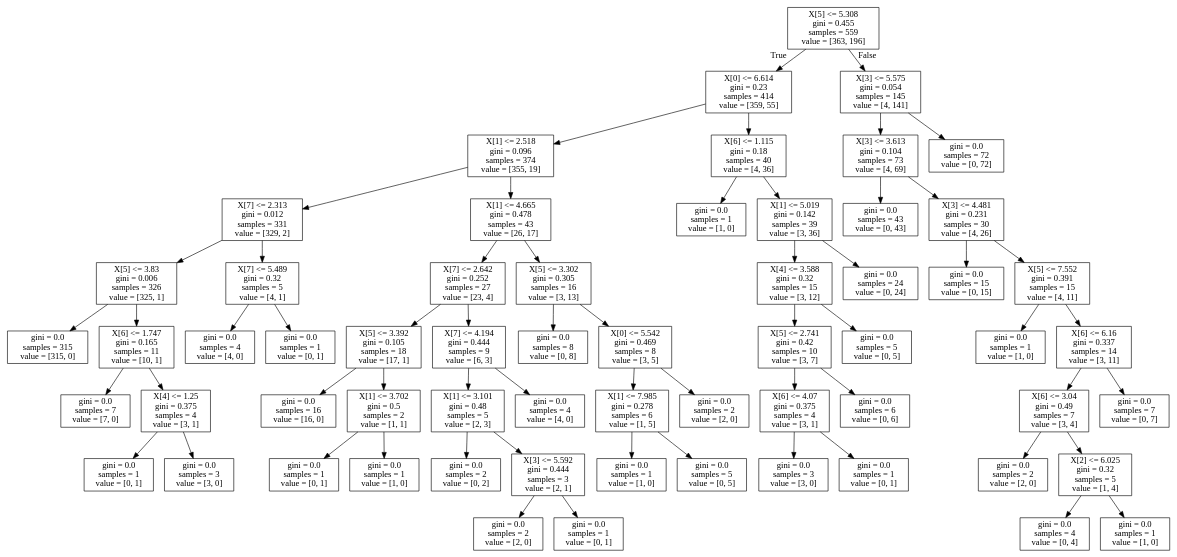
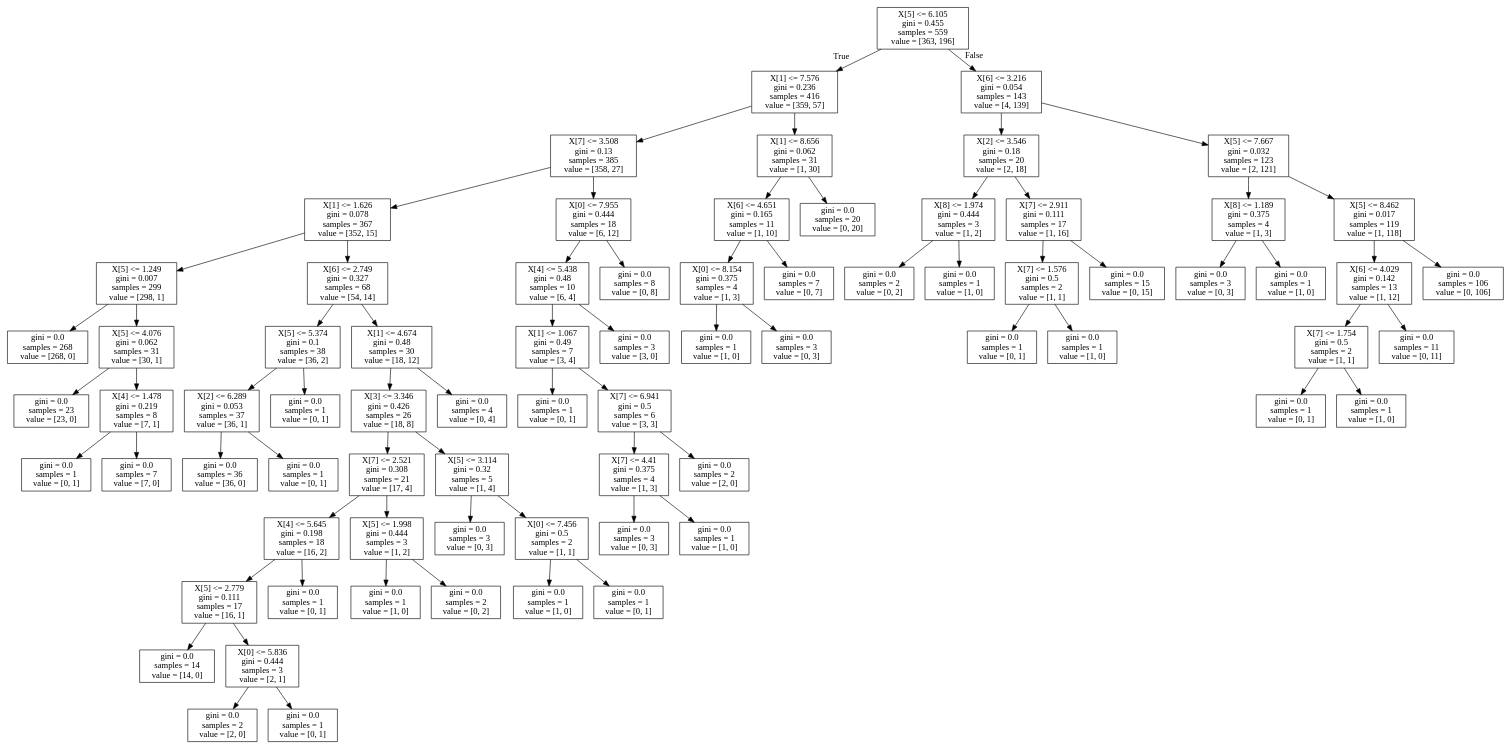
Before and after one commit to bradreardon/cs4641-supervised-learning: the diagram in out/decision_tree_pruning/breastcancer-noprune.dot, drawn with Graphviz. The commit also changed 22 other files, not shown here.

```diff
--- a/out/decision_tree_pruning/breastcancer-noprune.dot
+++ b/out/decision_tree_pruning/breastcancer-noprune.dot
@@ -1,124 +1,152 @@
 digraph Tree {
 node [shape=box] ;
-0 [label="X[5] <= 5.308\ngini = 0.455\nsamples = 559\nvalue = [363, 196]"] ;
-1 [label="X[0] <= 6.614\ngini = 0.23\nsamples = 414\nvalue = [359, 55]"] ;
+0 [label="X[5] <= 6.105\ngini = 0.455\nsamples = 559\nvalue = [363, 196]"] ;
+1 [label="X[1] <= 7.576\ngini = 0.236\nsamples = 416\nvalue = [359, 57]"] ;
 0 -> 1 [labeldistance=2.5, labelangle=45, headlabel="True"] ;
-2 [label="X[1] <= 2.518\ngini = 0.096\nsamples = 374\nvalue = [355, 19]"] ;
+2 [label="X[7] <= 3.508\ngini = 0.13\nsamples = 385\nvalue = [358, 27]"] ;
 1 -> 2 ;
-3 [label="X[7] <= 2.313\ngini = 0.012\nsamples = 331\nvalue = [329, 2]"] ;
+3 [label="X[1] <= 1.626\ngini = 0.078\nsamples = 367\nvalue = [352, 15]"] ;
 2 -> 3 ;
-4 [label="X[5] <= 3.83\ngini = 0.006\nsamples = 326\nvalue = [325, 1]"] ;
+4 [label="X[5] <= 1.249\ngini = 0.007\nsamples = 299\nvalue = [298, 1]"] ;
 3 -> 4 ;
-5 [label="gini = 0.0\nsamples = 315\nvalue = [315, 0]"] ;
+5 [label="gini = 0.0\nsamples = 268\nvalue = [268, 0]"] ;
 4 -> 5 ;
-6 [label="X[6] <= 1.747\ngini = 0.165\nsamples = 11\nvalue = [10, 1]"] ;
+6 [label="X[5] <= 4.076\ngini = 0.062\nsamples = 31\nvalue = [30, 1]"] ;
 4 -> 6 ;
-7 [label="gini = 0.0\nsamples = 7\nvalue = [7, 0]"] ;
+7 [label="gini = 0.0\nsamples = 23\nvalue = [23, 0]"] ;
 6 -> 7 ;
-8 [label="X[4] <= 1.25\ngini = 0.375\nsamples = 4\nvalue = [3, 1]"] ;
+8 [label="X[4] <= 1.478\ngini = 0.219\nsamples = 8\nvalue = [7, 1]"] ;
 6 -> 8 ;
 9 [label="gini = 0.0\nsamples = 1\nvalue = [0, 1]"] ;
 8 -> 9 ;
-10 [label="gini = 0.0\nsamples = 3\nvalue = [3, 0]"] ;
+10 [label="gini = 0.0\nsamples = 7\nvalue = [7, 0]"] ;
 8 -> 10 ;
-11 [label="X[7] <= 5.489\ngini = 0.32\nsamples = 5\nvalue = [4, 1]"] ;
+11 [label="X[6] <= 2.749\ngini = 0.327\nsamples = 68\nvalue = [54, 14]"] ;
 3 -> 11 ;
-12 [label="gini = 0.0\nsamples = 4\nvalue = [4, 0]"] ;
+12 [label="X[5] <= 5.374\ngini = 0.1\nsamples = 38\nvalue = [36, 2]"] ;
 11 -> 12 ;
-13 [label="gini = 0.0\nsamples = 1\nvalue = [0, 1]"] ;
-11 -> 13 ;
-14 [label="X[1] <= 4.665\ngini = 0.478\nsamples = 43\nvalue = [26, 17]"] ;
-2 -> 14 ;
-15 [label="X[7] <= 2.642\ngini = 0.252\nsamples = 27\nvalue = [23, 4]"] ;
-14 -> 15 ;
-16 [label="X[5] <= 3.392\ngini = 0.105\nsamples = 18\nvalue = [17, 1]"] ;
-15 -> 16 ;
-17 [label="gini = 0.0\nsamples = 16\nvalue = [16, 0]"] ;
-16 -> 17 ;
-18 [label="X[1] <= 3.702\ngini = 0.5\nsamples = 2\nvalue = [1, 1]"] ;
-16 -> 18 ;
-19 [label="gini = 0.0\nsamples = 1\nvalue = [0, 1]"] ;
+13 [label="X[2] <= 6.289\ngini = 0.053\nsamples = 37\nvalue = [36, 1]"] ;
+12 -> 13 ;
+14 [label="gini = 0.0\nsamples = 36\nvalue = [36, 0]"] ;
+13 -> 14 ;
+15 [label="gini = 0.0\nsamples = 1\nvalue = [0, 1]"] ;
+13 -> 15 ;
+16 [label="gini = 0.0\nsamples = 1\nvalue = [0, 1]"] ;
+12 -> 16 ;
+17 [label="X[1] <= 4.674\ngini = 0.48\nsamples = 30\nvalue = [18, 12]"] ;
+11 -> 17 ;
+18 [label="X[3] <= 3.346\ngini = 0.426\nsamples = 26\nvalue = [18, 8]"] ;
+17 -> 18 ;
+19 [label="X[7] <= 2.521\ngini = 0.308\nsamples = 21\nvalue = [17, 4]"] ;
 18 -> 19 ;
-20 [label="gini = 0.0\nsamples = 1\nvalue = [1, 0]"] ;
-18 -> 20 ;
-21 [label="X[7] <= 4.194\ngini = 0.444\nsamples = 9\nvalue = [6, 3]"] ;
-15 -> 21 ;
-22 [label="X[1] <= 3.101\ngini = 0.48\nsamples = 5\nvalue = [2, 3]"] ;
+20 [label="X[4] <= 5.645\ngini = 0.198\nsamples = 18\nvalue = [16, 2]"] ;
+19 -> 20 ;
+21 [label="X[5] <= 2.779\ngini = 0.111\nsamples = 17\nvalue = [16, 1]"] ;
+20 -> 21 ;
+22 [label="gini = 0.0\nsamples = 14\nvalue = [14, 0]"] ;
 21 -> 22 ;
-23 [label="gini = 0.0\nsamples = 2\nvalue = [0, 2]"] ;
-22 -> 23 ;
-24 [label="X[3] <= 5.592\ngini = 0.444\nsamples = 3\nvalue = [2, 1]"] ;
-22 -> 24 ;
-25 [label="gini = 0.0\nsamples = 2\nvalue = [2, 0]"] ;
-24 -> 25 ;
+23 [label="X[0] <= 5.836\ngini = 0.444\nsamples = 3\nvalue = [2, 1]"] ;
+21 -> 23 ;
+24 [label="gini = 0.0\nsamples = 2\nvalue = [2, 0]"] ;
+23 -> 24 ;
+25 [label="gini = 0.0\nsamples = 1\nvalue = [0, 1]"] ;
+23 -> 25 ;
 26 [label="gini = 0.0\nsamples = 1\nvalue = [0, 1]"] ;
-24 -> 26 ;
-27 [label="gini = 0.0\nsamples = 4\nvalue = [4, 0]"] ;
-21 -> 27 ;
-28 [label="X[5] <= 3.302\ngini = 0.305\nsamples = 16\nvalue = [3, 13]"] ;
-14 -> 28 ;
-29 [label="gini = 0.0\nsamples = 8\nvalue = [0, 8]"] ;
-28 -> 29 ;
-30 [label="X[0] <= 5.542\ngini = 0.469\nsamples = 8\nvalue = [3, 5]"] ;
-28 -> 30 ;
-31 [label="X[1] <= 7.985\ngini = 0.278\nsamples = 6\nvalue = [1, 5]"] ;
+20 -> 26 ;
+27 [label="X[5] <= 1.998\ngini = 0.444\nsamples = 3\nvalue = [1, 2]"] ;
+19 -> 27 ;
+28 [label="gini = 0.0\nsamples = 1\nvalue = [1, 0]"] ;
+27 -> 28 ;
+29 [label="gini = 0.0\nsamples = 2\nvalue = [0, 2]"] ;
+27 -> 29 ;
+30 [label="X[5] <= 3.114\ngini = 0.32\nsamples = 5\nvalue = [1, 4]"] ;
+18 -> 30 ;
+31 [label="gini = 0.0\nsamples = 3\nvalue = [0, 3]"] ;
 30 -> 31 ;
-32 [label="gini = 0.0\nsamples = 1\nvalue = [1, 0]"] ;
-31 -> 32 ;
-33 [label="gini = 0.0\nsamples = 5\nvalue = [0, 5]"] ;
-31 -> 33 ;
-34 [label="gini = 0.0\nsamples = 2\nvalue = [2, 0]"] ;
-30 -> 34 ;
-35 [label="X[6] <= 1.115\ngini = 0.18\nsamples = 40\nvalue = [4, 36]"] ;
-1 -> 35 ;
-36 [label="gini = 0.0\nsamples = 1\nvalue = [1, 0]"] ;
-35 -> 36 ;
-37 [label="X[1] <= 5.019\ngini = 0.142\nsamples = 39\nvalue = [3, 36]"] ;
-35 -> 37 ;
-38 [label="X[4] <= 3.588\ngini = 0.32\nsamples = 15\nvalue = [3, 12]"] ;
+32 [label="X[0] <= 7.456\ngini = 0.5\nsamples = 2\nvalue = [1, 1]"] ;
+30 -> 32 ;
+33 [label="gini = 0.0\nsamples = 1\nvalue = [1, 0]"] ;
+32 -> 33 ;
+34 [label="gini = 0.0\nsamples = 1\nvalue = [0, 1]"] ;
+32 -> 34 ;
+35 [label="gini = 0.0\nsamples = 4\nvalue = [0, 4]"] ;
+17 -> 35 ;
+36 [label="X[0] <= 7.955\ngini = 0.444\nsamples = 18\nvalue = [6, 12]"] ;
+2 -> 36 ;
+37 [label="X[4] <= 5.438\ngini = 0.48\nsamples = 10\nvalue = [6, 4]"] ;
+36 -> 37 ;
+38 [label="X[1] <= 1.067\ngini = 0.49\nsamples = 7\nvalue = [3, 4]"] ;
 37 -> 38 ;
-39 [label="X[5] <= 2.741\ngini = 0.42\nsamples = 10\nvalue = [3, 7]"] ;
+39 [label="gini = 0.0\nsamples = 1\nvalue = [0, 1]"] ;
 38 -> 39 ;
-40 [label="X[6] <= 4.07\ngini = 0.375\nsamples = 4\nvalue = [3, 1]"] ;
-39 -> 40 ;
-41 [label="gini = 0.0\nsamples = 3\nvalue = [3, 0]"] ;
+40 [label="X[7] <= 6.941\ngini = 0.5\nsamples = 6\nvalue = [3, 3]"] ;
+38 -> 40 ;
+41 [label="X[7] <= 4.41\ngini = 0.375\nsamples = 4\nvalue = [1, 3]"] ;
 40 -> 41 ;
-42 [label="gini = 0.0\nsamples = 1\nvalue = [0, 1]"] ;
-40 -> 42 ;
-43 [label="gini = 0.0\nsamples = 6\nvalue = [0, 6]"] ;
-39 -> 43 ;
-44 [label="gini = 0.0\nsamples = 5\nvalue = [0, 5]"] ;
-38 -> 44 ;
-45 [label="gini = 0.0\nsamples = 24\nvalue = [0, 24]"] ;
+42 [label="gini = 0.0\nsamples = 3\nvalue = [0, 3]"] ;
+41 -> 42 ;
+43 [label="gini = 0.0\nsamples = 1\nvalue = [1, 0]"] ;
+41 -> 43 ;
+44 [label="gini = 0.0\nsamples = 2\nvalue = [2, 0]"] ;
+40 -> 44 ;
+45 [label="gini = 0.0\nsamples = 3\nvalue = [3, 0]"] ;
 37 -> 45 ;
-46 [label="X[3] <= 5.575\ngini = 0.054\nsamples = 145\nvalue = [4, 141]"] ;
-0 -> 46 [labeldistance=2.5, labelangle=-45, headlabel="False"] ;
-47 [label="X[3] <= 3.613\ngini = 0.104\nsamples = 73\nvalue = [4, 69]"] ;
-46 -> 47 ;
-48 [label="gini = 0.0\nsamples = 43\nvalue = [0, 43]"] ;
+46 [label="gini = 0.0\nsamples = 8\nvalue = [0, 8]"] ;
+36 -> 46 ;
+47 [label="X[1] <= 8.656\ngini = 0.062\nsamples = 31\nvalue = [1, 30]"] ;
+1 -> 47 ;
+48 [label="X[6] <= 4.651\ngini = 0.165\nsamples = 11\nvalue = [1, 10]"] ;
 47 -> 48 ;
-49 [label="X[3] <= 4.481\ngini = 0.231\nsamples = 30\nvalue = [4, 26]"] ;
-47 -> 49 ;
-50 [label="gini = 0.0\nsamples = 15\nvalue = [0, 15]"] ;
+49 [label="X[0] <= 8.154\ngini = 0.375\nsamples = 4\nvalue = [1, 3]"] ;
+48 -> 49 ;
+50 [label="gini = 0.0\nsamples = 1\nvalue = [1, 0]"] ;
 49 -> 50 ;
-51 [label="X[5] <= 7.552\ngini = 0.391\nsamples = 15\nvalue = [4, 11]"] ;
+51 [label="gini = 0.0\nsamples = 3\nvalue = [0, 3]"] ;
 49 -> 51 ;
-52 [label="gini = 0.0\nsamples = 1\nvalue = [1, 0]"] ;
-51 -> 52 ;
-53 [label="X[6] <= 6.16\ngini = 0.337\nsamples = 14\nvalue = [3, 11]"] ;
-51 -> 53 ;
-54 [label="X[6] <= 3.04\ngini = 0.49\nsamples = 7\nvalue = [3, 4]"] ;
-53 -> 54 ;
-55 [label="gini = 0.0\nsamples = 2\nvalue = [2, 0]"] ;
+52 [label="gini = 0.0\nsamples = 7\nvalue = [0, 7]"] ;
+48 -> 52 ;
+53 [label="gini = 0.0\nsamples = 20\nvalue = [0, 20]"] ;
+47 -> 53 ;
+54 [label="X[6] <= 3.216\ngini = 0.054\nsamples = 143\nvalue = [4, 139]"] ;
+0 -> 54 [labeldistance=2.5, labelangle=-45, headlabel="False"] ;
+55 [label="X[2] <= 3.546\ngini = 0.18\nsamples = 20\nvalue = [2, 18]"] ;
 54 -> 55 ;
-56 [label="X[2] <= 6.025\ngini = 0.32\nsamples = 5\nvalue = [1, 4]"] ;
-54 -> 56 ;
-57 [label="gini = 0.0\nsamples = 4\nvalue = [0, 4]"] ;
+56 [label="X[8] <= 1.974\ngini = 0.444\nsamples = 3\nvalue = [1, 2]"] ;
+55 -> 56 ;
+57 [label="gini = 0.0\nsamples = 2\nvalue = [0, 2]"] ;
 56 -> 57 ;
 58 [label="gini = 0.0\nsamples = 1\nvalue = [1, 0]"] ;
 56 -> 58 ;
-59 [label="gini = 0.0\nsamples = 7\nvalue = [0, 7]"] ;
-53 -> 59 ;
-60 [label="gini = 0.0\nsamples = 72\nvalue = [0, 72]"] ;
-46 -> 60 ;
+59 [label="X[7] <= 2.911\ngini = 0.111\nsamples = 17\nvalue = [1, 16]"] ;
+55 -> 59 ;
+60 [label="X[7] <= 1.576\ngini = 0.5\nsamples = 2\nvalue = [1, 1]"] ;
+59 -> 60 ;
+61 [label="gini = 0.0\nsamples = 1\nvalue = [0, 1]"] ;
+60 -> 61 ;
+62 [label="gini = 0.0\nsamples = 1\nvalue = [1, 0]"] ;
+60 -> 62 ;
+63 [label="gini = 0.0\nsamples = 15\nvalue = [0, 15]"] ;
+59 -> 63 ;
+64 [label="X[5] <= 7.667\ngini = 0.032\nsamples = 123\nvalue = [2, 121]"] ;
+54 -> 64 ;
+65 [label="X[8] <= 1.189\ngini = 0.375\nsamples = 4\nvalue = [1, 3]"] ;
+64 -> 65 ;
+66 [label="gini = 0.0\nsamples = 3\nvalue = [0, 3]"] ;
+65 -> 66 ;
+67 [label="gini = 0.0\nsamples = 1\nvalue = [1, 0]"] ;
+65 -> 67 ;
+68 [label="X[5] <= 8.462\ngini = 0.017\nsamples = 119\nvalue = [1, 118]"] ;
+64 -> 68 ;
+69 [label="X[6] <= 4.029\ngini = 0.142\nsamples = 13\nvalue = [1, 12]"] ;
+68 -> 69 ;
+70 [label="X[7] <= 1.754\ngini = 0.5\nsamples = 2\nvalue = [1, 1]"] ;
+69 -> 70 ;
+71 [label="gini = 0.0\nsamples = 1\nvalue = [0, 1]"] ;
+70 -> 71 ;
+72 [label="gini = 0.0\nsamples = 1\nvalue = [1, 0]"] ;
+70 -> 72 ;
+73 [label="gini = 0.0\nsamples = 11\nvalue = [0, 11]"] ;
+69 -> 73 ;
+74 [label="gini = 0.0\nsamples = 106\nvalue = [0, 106]"] ;
+68 -> 74 ;
 }
```
